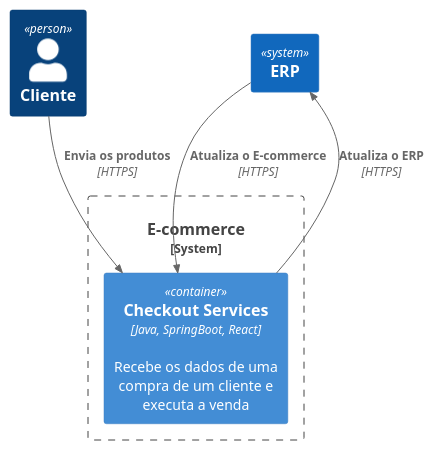
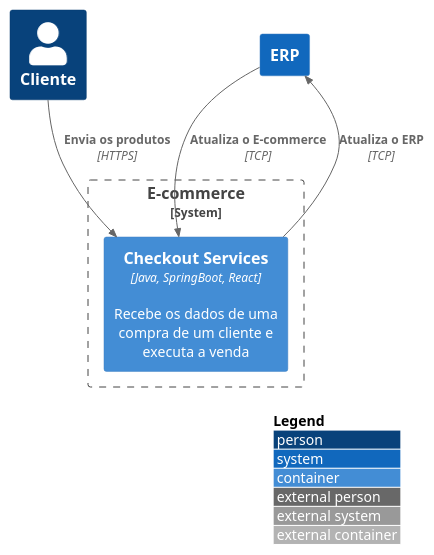
Before and after one commit to lvictor05/IGTI-ProjetoFinal: the diagram in Novo/Novo-C1.plantuml, drawn with PlantUML. The commit also changed 5 other files, not shown here.

```diff
--- a/Novo/Novo-C1.plantuml
+++ b/Novo/Novo-C1.plantuml
@@ -1,14 +1,16 @@
 @startuml C1 - Novo
 !include https://raw.githubusercontent.com/plantuml-stdlib/C4-PlantUML/master/C4_Container.puml
+
+LAYOUT_WITH_LEGEND()
 
 Person(cliente, "Cliente")
 
 System_Boundary(b_checkout, "E-commerce") {
     Container(checkout, "Checkout Services", "Java, SpringBoot, React", "Recebe os dados de uma compra de um cliente e executa a venda")
 }
 
 System(erp, "ERP")
 Rel(cliente, checkout, "Envia os produtos", "HTTPS")
-Rel(checkout, erp, "Atualiza o ERP", "HTTPS")
-Rel(erp, checkout, "Atualiza o E-commerce", "HTTPS")
+Rel(checkout, erp, "Atualiza o ERP", "TCP")
+Rel(erp, checkout, "Atualiza o E-commerce", "TCP")
 @enduml
```
